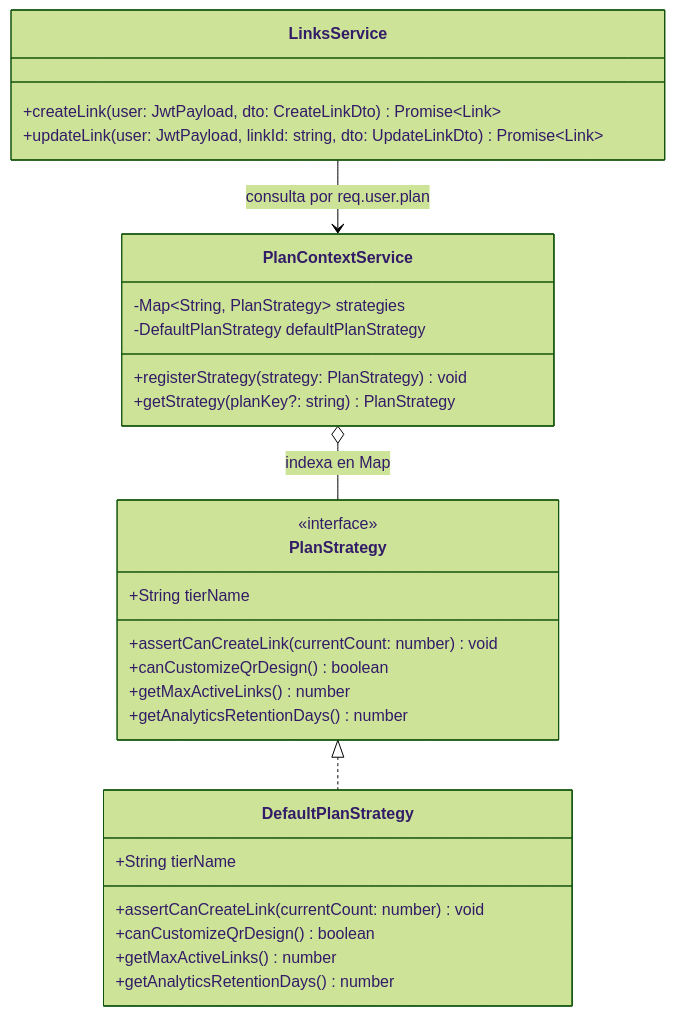
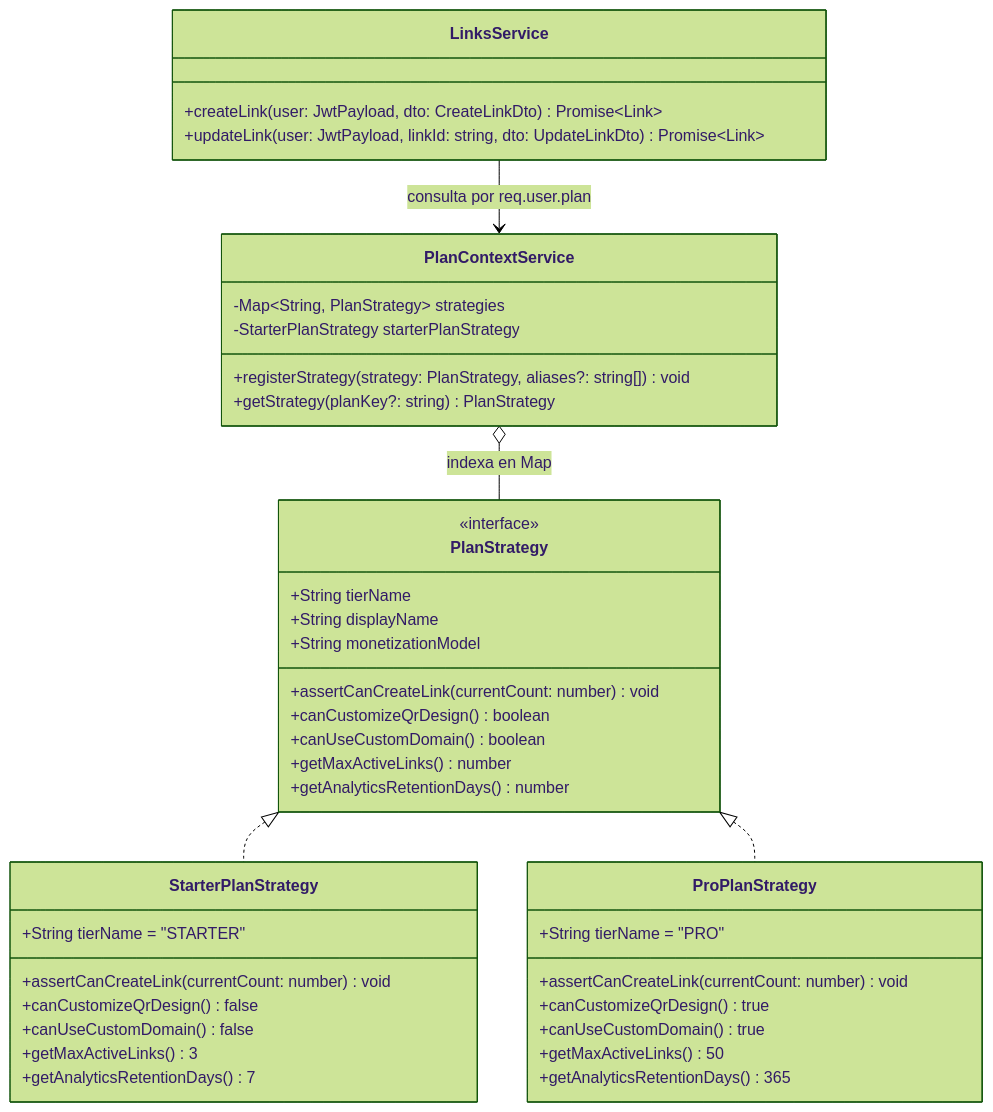
One commit to kevinPoncema/shorte-link changed the third of 3 diagrams in docs/modules.md. Above: the diagram before and after it, drawn with Mermaid (forest theme). The commit also changed other lines of this file and 25 other files, not shown here.

Commit message:
feat: update plan strategies, link DTOs, and add analytics and stats tracking services

````diff
--- a/docs/modules.md
+++ b/docs/modules.md
@@ -105,37 +114,51 @@
 ```mermaid
 classDiagram
   direction TB
 
   class PlanStrategy {
     <<interface>>
     +String tierName
+    +String displayName
+    +String monetizationModel
     +assertCanCreateLink(currentCount: number) void
     +canCustomizeQrDesign() boolean
+    +canUseCustomDomain() boolean
     +getMaxActiveLinks() number
     +getAnalyticsRetentionDays() number
   }
 
-  class DefaultPlanStrategy {
-    +String tierName
+  class StarterPlanStrategy {
+    +String tierName = "STARTER"
     +assertCanCreateLink(currentCount: number) void
-    +canCustomizeQrDesign() boolean
-    +getMaxActiveLinks() number
-    +getAnalyticsRetentionDays() number
+    +canCustomizeQrDesign() false
+    +canUseCustomDomain() false
+    +getMaxActiveLinks() 3
+    +getAnalyticsRetentionDays() 7
+  }
+
+  class ProPlanStrategy {
+    +String tierName = "PRO"
+    +assertCanCreateLink(currentCount: number) void
+    +canCustomizeQrDesign() true
+    +canUseCustomDomain() true
+    +getMaxActiveLinks() 50
+    +getAnalyticsRetentionDays() 365
   }
 
   class PlanContextService {
     -Map~String, PlanStrategy~ strategies
-    -DefaultPlanStrategy defaultPlanStrategy
-    +registerStrategy(strategy: PlanStrategy) void
+    -StarterPlanStrategy starterPlanStrategy
+    +registerStrategy(strategy: PlanStrategy, aliases?: string[]) void
     +getStrategy(planKey?: string) PlanStrategy
   }
 
   class LinksService {
     +createLink(user: JwtPayload, dto: CreateLinkDto) Promise~Link~
     +updateLink(user: JwtPayload, linkId: string, dto: UpdateLinkDto) Promise~Link~
   }
 
-  PlanStrategy <|.. DefaultPlanStrategy
+  PlanStrategy <|.. StarterPlanStrategy
+  PlanStrategy <|.. ProPlanStrategy
   PlanContextService o-- PlanStrategy : indexa en Map
   LinksService --> PlanContextService : consulta por req.user.plan
 ```
````
